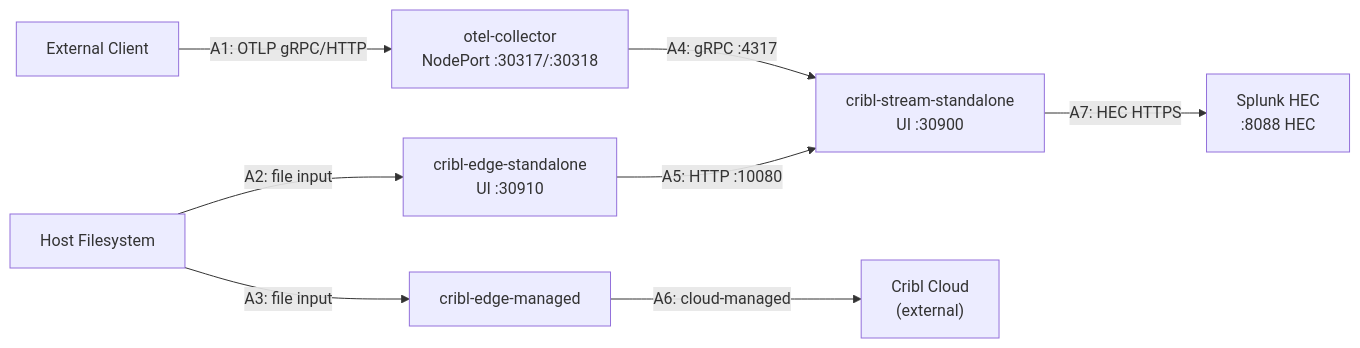
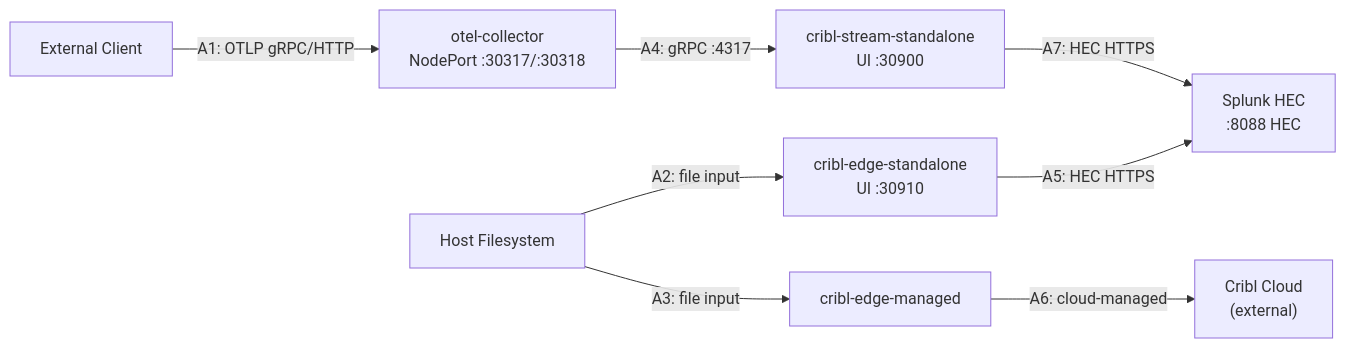
The diagram in docs/ARCHITECTURE.md (JacobPEvans/kubernetes-monitoring), drawn with Mermaid before and after one commit. The commit also changed other lines of this file and 4 other files, not shown here.

First line of the commit message:
fix: restore edge log pipeline — CRIBL_VOLUME_DIR, splunk_hec output, real-time tests (#32)

````diff
--- a/docs/ARCHITECTURE.md
+++ b/docs/ARCHITECTURE.md
@@ -5,19 +5,19 @@
 ```mermaid
 flowchart LR
     Client[External Client]
     HostFS[Host Filesystem]
     OtelCollector["otel-collector\nNodePort :30317/:30318"]
     EdgeStandalone["cribl-edge-standalone\nUI :30910"]
     EdgeManaged[cribl-edge-managed]
     StreamStandalone["cribl-stream-standalone\nUI :30900"]
     SplunkHEC["Splunk HEC\n:8088 HEC"]
     CriblCloud["Cribl Cloud\n(external)"]
 
     Client -->|"A1: OTLP gRPC/HTTP"| OtelCollector
     HostFS -->|"A2: file input"| EdgeStandalone
     HostFS -->|"A3: file input"| EdgeManaged
     OtelCollector -->|"A4: gRPC :4317"| StreamStandalone
-    EdgeStandalone -->|"A5: HTTP :10080"| StreamStandalone
+    EdgeStandalone -->|"A5: HEC HTTPS"| SplunkHEC
     EdgeManaged -->|"A6: cloud-managed"| CriblCloud
     StreamStandalone -->|"A7: HEC HTTPS"| SplunkHEC
 ```
````
